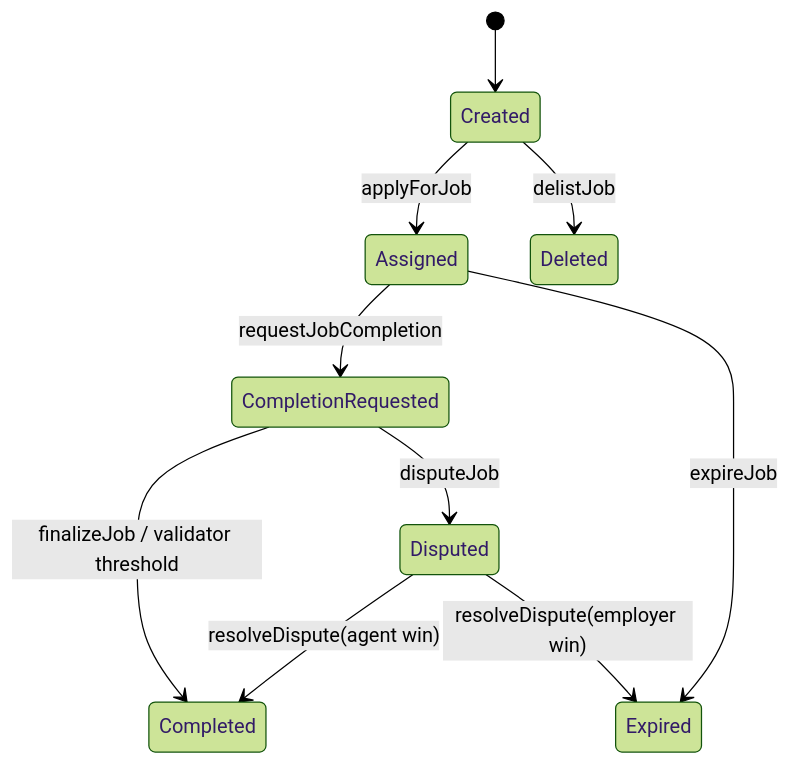
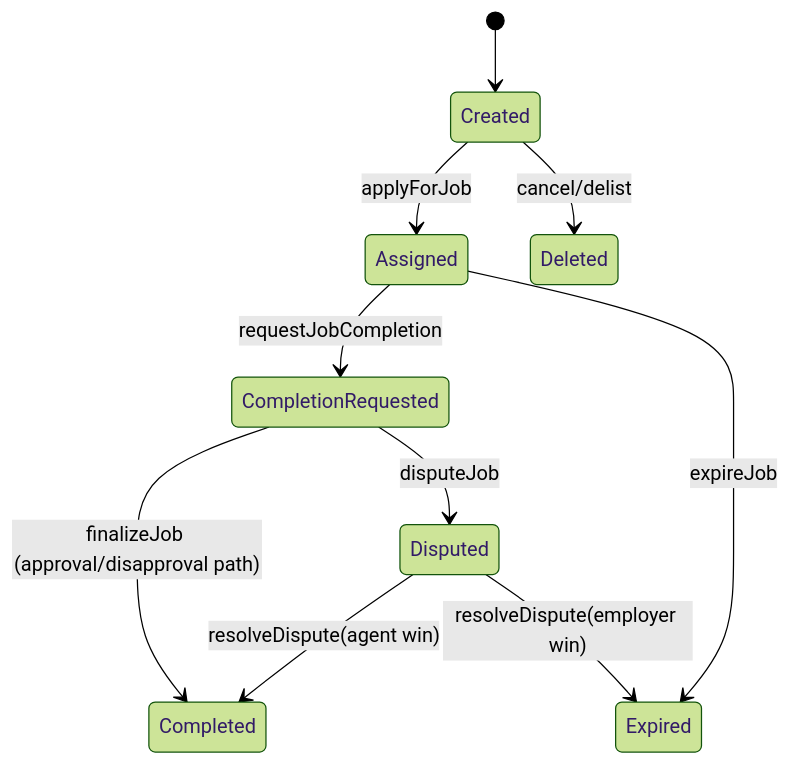
One commit to MontrealAI/AGIJobManager changed the first of 4 diagrams in docs/MAINNET_OPERATIONS.md. Above: the diagram before and after it, drawn with Mermaid (forest theme). The commit also changed other lines of this file and 5 other files, not shown here.

````diff
--- a/docs/MAINNET_OPERATIONS.md
+++ b/docs/MAINNET_OPERATIONS.md
@@ -84,12 +129,12 @@
 ```mermaid
 stateDiagram-v2
     [*] --> Created
     Created --> Assigned: applyForJob
     Assigned --> CompletionRequested: requestJobCompletion
-    CompletionRequested --> Completed: finalizeJob / validator threshold
+    CompletionRequested --> Completed: finalizeJob (approval/disapproval path)
     CompletionRequested --> Disputed: disputeJob
     Disputed --> Completed: resolveDispute(agent win)
     Disputed --> Expired: resolveDispute(employer win)
     Assigned --> Expired: expireJob
-    Created --> Deleted: delistJob
+    Created --> Deleted: cancel/delist
 ```
````
